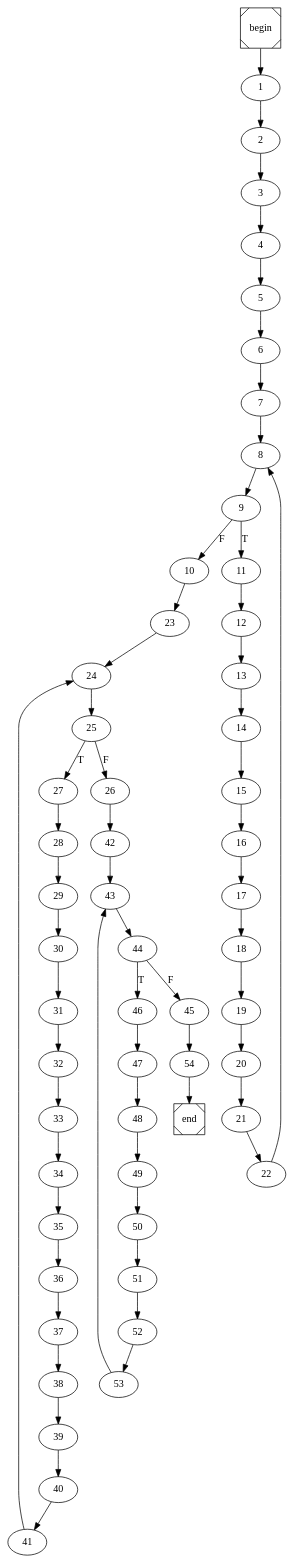
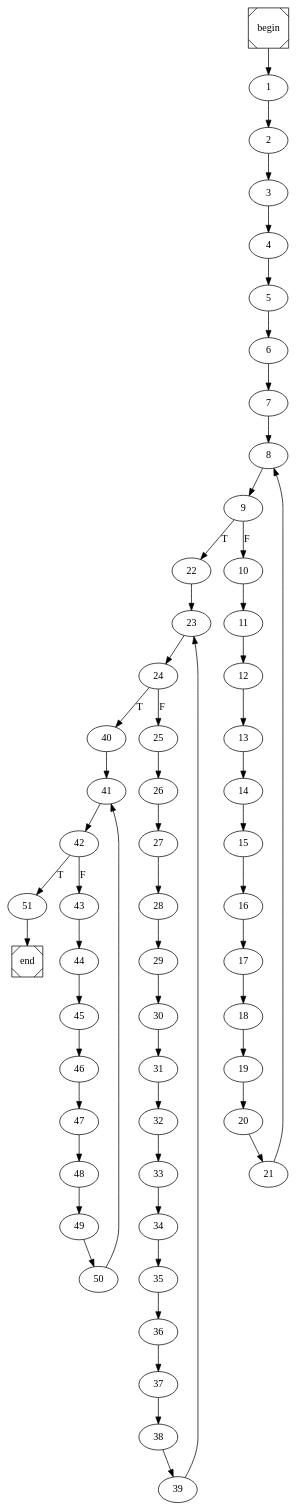
The diagram in classFieldAccess.dot (arubenruben/JMM-Compiler), drawn with Graphviz before and after one commit. The commit also changed 11 other files, not shown here.

```diff
--- a/classFieldAccess.dot
+++ b/classFieldAccess.dot
@@ -1,4 +1,4 @@
 digraph cfg {
 	begin [shape=Msquare];
 	end [shape=Msquare];
-	begin -> 1;	1 -> 2;	2 -> 3;	3 -> 4;	4 -> 5;	5 -> 6;	6 -> 7;	7 -> 8;	8 -> 9;	9 -> 11[label=T];	9 -> 10[label=F];	10 -> 23;	11 -> 12;	12 -> 13;	13 -> 14;	14 -> 15;	15 -> 16;	16 -> 17;	17 -> 18;	18 -> 19;	19 -> 20;	20 -> 21;	21 -> 22;	22 -> 8;	23 -> 24;	24 -> 25;	25 -> 27[label=T];	25 -> 26[label=F];	26 -> 42;	27 -> 28;	28 -> 29;	29 -> 30;	30 -> 31;	31 -> 32;	32 -> 33;	33 -> 34;	34 -> 35;	35 -> 36;	36 -> 37;	37 -> 38;	38 -> 39;	39 -> 40;	40 -> 41;	41 -> 24;	42 -> 43;	43 -> 44;	44 -> 46[label=T];	44 -> 45[label=F];	45 -> 54;	46 -> 47;	47 -> 48;	48 -> 49;	49 -> 50;	50 -> 51;	51 -> 52;	52 -> 53;	53 -> 43;	54 -> end;}
+	begin -> 1;	1 -> 2;	2 -> 3;	3 -> 4;	4 -> 5;	5 -> 6;	6 -> 7;	7 -> 8;	8 -> 9;	9 -> 22[label=T];	9 -> 10[label=F];	10 -> 11;	11 -> 12;	12 -> 13;	13 -> 14;	14 -> 15;	15 -> 16;	16 -> 17;	17 -> 18;	18 -> 19;	19 -> 20;	20 -> 21;	21 -> 8;	22 -> 23;	23 -> 24;	24 -> 40[label=T];	24 -> 25[label=F];	25 -> 26;	26 -> 27;	27 -> 28;	28 -> 29;	29 -> 30;	30 -> 31;	31 -> 32;	32 -> 33;	33 -> 34;	34 -> 35;	35 -> 36;	36 -> 37;	37 -> 38;	38 -> 39;	39 -> 23;	40 -> 41;	41 -> 42;	42 -> 51[label=T];	42 -> 43[label=F];	43 -> 44;	44 -> 45;	45 -> 46;	46 -> 47;	47 -> 48;	48 -> 49;	49 -> 50;	50 -> 41;	51 -> end;}
```
